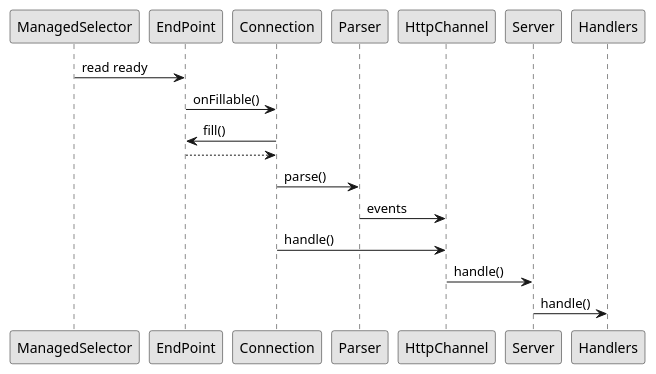
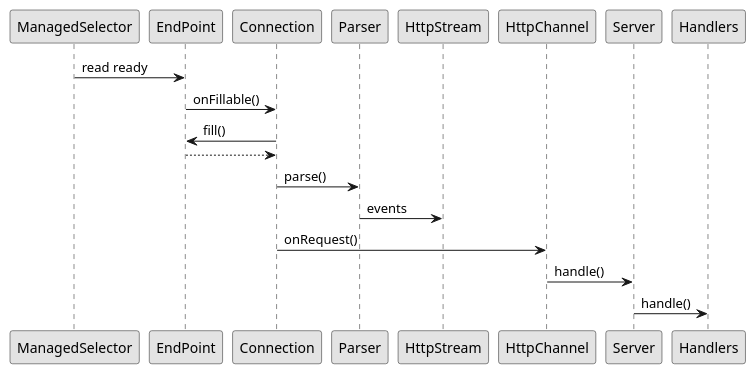
One commit to jetty/jetty.project changed the second of 2 diagrams in documentation/jetty-documentation/src/main/asciidoc/programming-guide/server/http/server-http.adoc. Above: the diagram before and after it, drawn with PlantUML. The commit also changed other lines of this file and 3 other files, not shown here.

Commit message:
Updated the documentation about HttpChannel events (they don't exist anymore replaced by `EventsHandler`).

```diff
--- a/documentation/jetty-documentation/src/main/asciidoc/programming-guide/server/http/server-http.adoc
+++ b/documentation/jetty-documentation/src/main/asciidoc/programming-guide/server/http/server-http.adoc
@@ -83,24 +83,25 @@
 [plantuml]
 ----
 skinparam backgroundColor transparent
 skinparam monochrome true
 skinparam shadowing false
 
 participant ManagedSelector
 participant EndPoint
 participant Connection
 participant Parser
+participant HttpStream
 participant HttpChannel
 participant Server
 participant Handlers
 
 ManagedSelector -> EndPoint : read ready
 EndPoint -> Connection : onFillable()
 Connection -> EndPoint : fill()
 EndPoint --> Connection
 Connection -> Parser : parse()
-Parser -> HttpChannel : events
-Connection -> HttpChannel : handle()
+Parser -> HttpStream : events
+Connection -> HttpChannel : onRequest()
 HttpChannel -> Server : handle()
 Server -> Handlers : handle()
 ----
```
